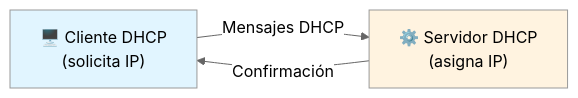
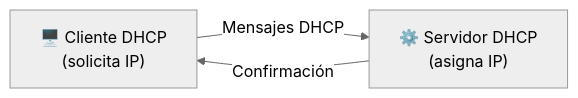
The first of 11 diagrams in INF423-Redes-II/Apuntes/2026-03-24-Segunda-Clase.md (chacaejosue/UAGRM-Semestre-I-2026), drawn with Mermaid (neutral theme) before and after one commit. The commit also changed other lines of this file, not shown here.

Commit message:
Corregir problemas en los diagramas con poco contraste

````diff
--- a/INF423-Redes-II/Apuntes/2026-03-24-Segunda-Clase.md
+++ b/INF423-Redes-II/Apuntes/2026-03-24-Segunda-Clase.md
@@ -23,7 +23,5 @@
 ```mermaid
 graph LR
     A["🖥️ Cliente DHCP<br/>(solicita IP)"] -->|"Mensajes DHCP"| B["⚙️ Servidor DHCP<br/>(asigna IP)"]
     B -->|"Confirmación"| A
-    style A fill:#e1f5ff
-    style B fill:#fff3e0
 ```
````
